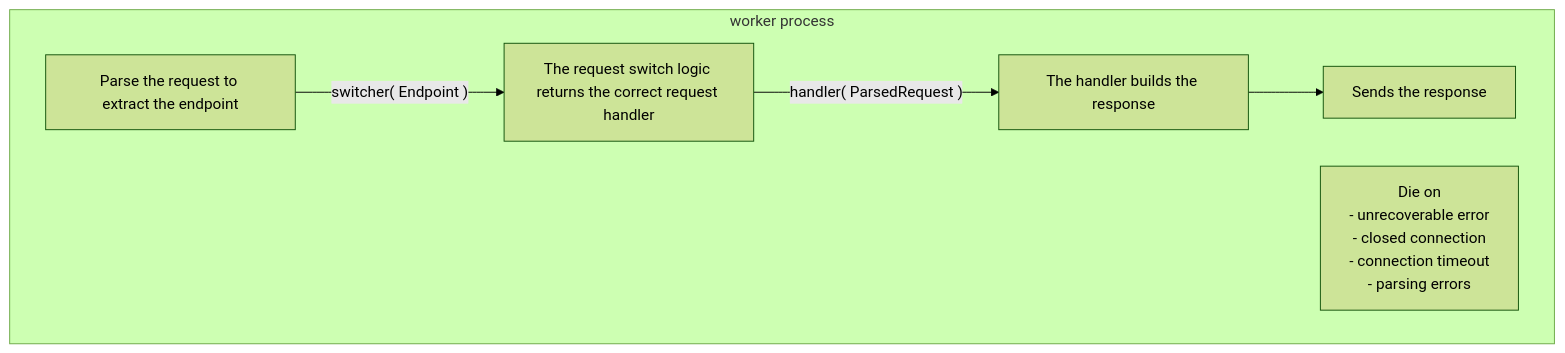
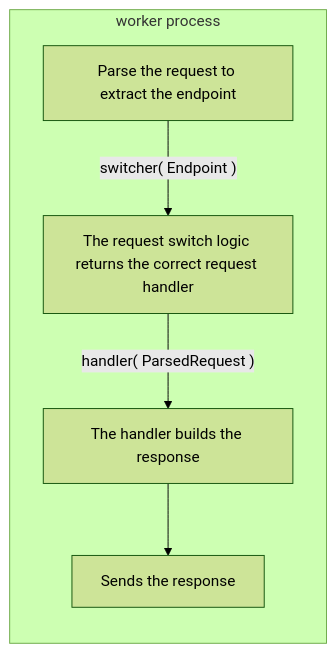
One commit to GabrieleDonato799/DoS changed the second of 12 diagrams in README.md. Above: the diagram before and after it, drawn with Mermaid (forest theme). The commit also changed other lines of this file, not shown here.

````diff
--- a/README.md
+++ b/README.md
@@ -84,14 +149,14 @@
 ```mermaid
 flowchart TD
     subgraph worker [worker process]
+		direction TB
 	    K["Parse the request to extract the endpoint"]
 	    G["The request switch logic returns the correct request handler"]
 	    H["The handler builds the response"]
 	    L["Sends the response"]
-	    I["Die on<br>- unrecoverable error<br>- closed connection<br>- connection timeout<br>- parsing errors"]
     end
 
     K-->|"switcher( Endpoint )"|G
     G-->|"handler( ParsedRequest )"|H
     H-->L
 ```
````
